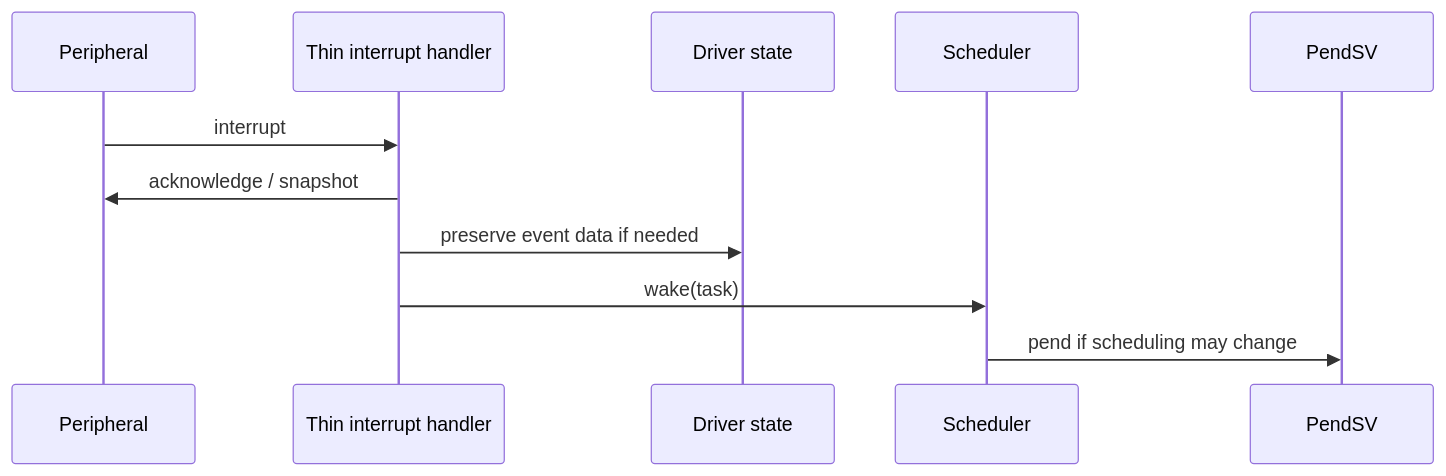
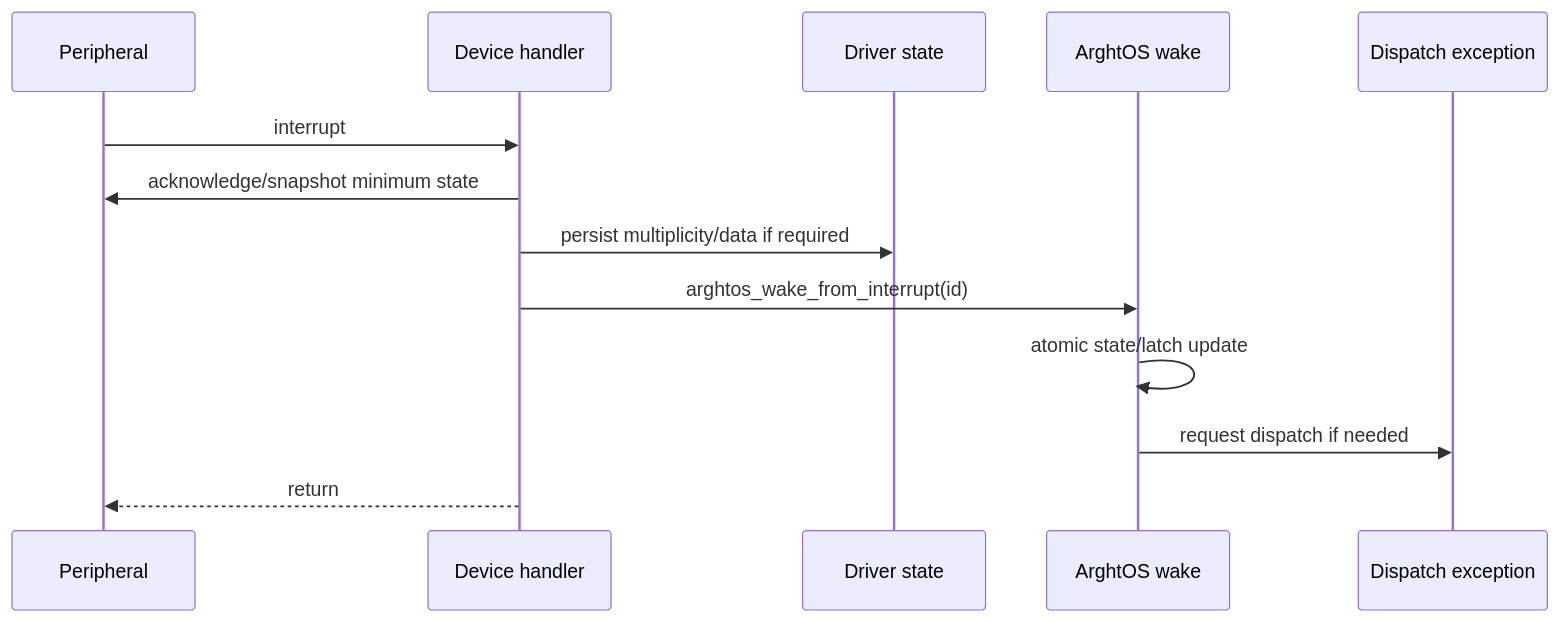
One commit to tumblewhead/arghtos changed the diagram in architecture/contracts/C2-wake.md. Above: the diagram before and after it, drawn with Mermaid. The commit also changed other lines of this file, not shown here.

Commit message:
Make interrupt wake contract concrete

````diff
--- a/architecture/contracts/C2-wake.md
+++ b/architecture/contracts/C2-wake.md
@@ -19,13 +61,16 @@
 ```mermaid
 sequenceDiagram
   participant HW as Peripheral
-  participant IH as Thin interrupt handler
+  participant H as Device handler
   participant D as Driver state
-  participant K as Scheduler
-  participant P as PendSV
-  HW->>IH: interrupt
-  IH->>HW: acknowledge / snapshot
-  IH->>D: preserve event data if needed
-  IH->>K: wake(task)
-  K->>P: pend if scheduling may change
+  participant K as ArghtOS wake
+  participant P as Dispatch exception
+
+  HW->>H: interrupt
+  H->>HW: acknowledge/snapshot minimum state
+  H->>D: persist multiplicity/data if required
+  H->>K: arghtos_wake_from_interrupt(id)
+  K->>K: atomic state/latch update
+  K->>P: request dispatch if needed
+  H-->>HW: return
 ```
````
